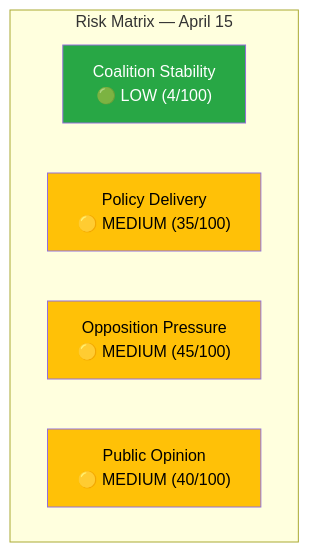
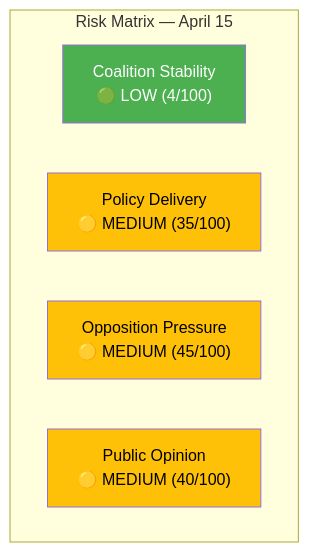
Before and after one commit to Hack23/riksdagsmonitor: the diagram in analysis/daily/2026-04-15/realtime-0954/risk-assessment.md, drawn with Mermaid. The commit also changed 785 other files, not shown here.

First line of the commit message:
Normalize mermaid colors across 786 analysis artifacts to ISMS Style Guide palette

````diff
--- a/analysis/daily/2026-04-15/realtime-0954/risk-assessment.md
+++ b/analysis/daily/2026-04-15/realtime-0954/risk-assessment.md
@@ -16,14 +16,14 @@
 ```mermaid
 graph TD
     subgraph "Risk Matrix — April 15"
         R1["Coalition Stability<br/>🟢 LOW (4/100)"]
         R2["Policy Delivery<br/>🟡 MEDIUM (35/100)"]
         R3["Opposition Pressure<br/>🟡 MEDIUM (45/100)"]
         R4["Public Opinion<br/>🟡 MEDIUM (40/100)"]
     end
 
-    style R1 fill:#28a745,color:#fff
-    style R2 fill:#ffc107,color:#000
-    style R3 fill:#ffc107,color:#000
-    style R4 fill:#ffc107,color:#000
+    style R1 fill:#4CAF50,color:#FFFFFF
+    style R2 fill:#FFC107,color:#000000
+    style R3 fill:#FFC107,color:#000000
+    style R4 fill:#FFC107,color:#000000
 ```
````
